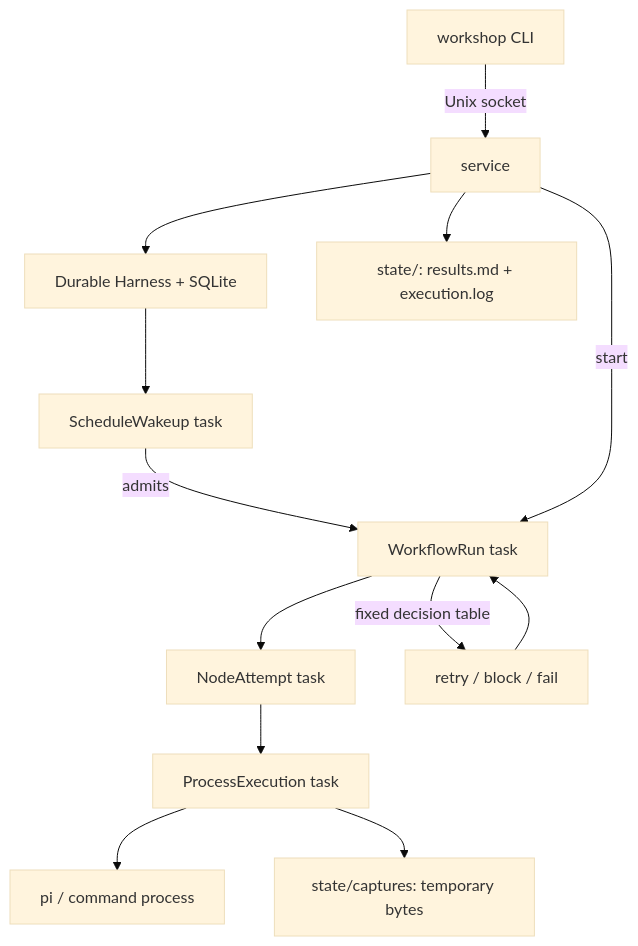
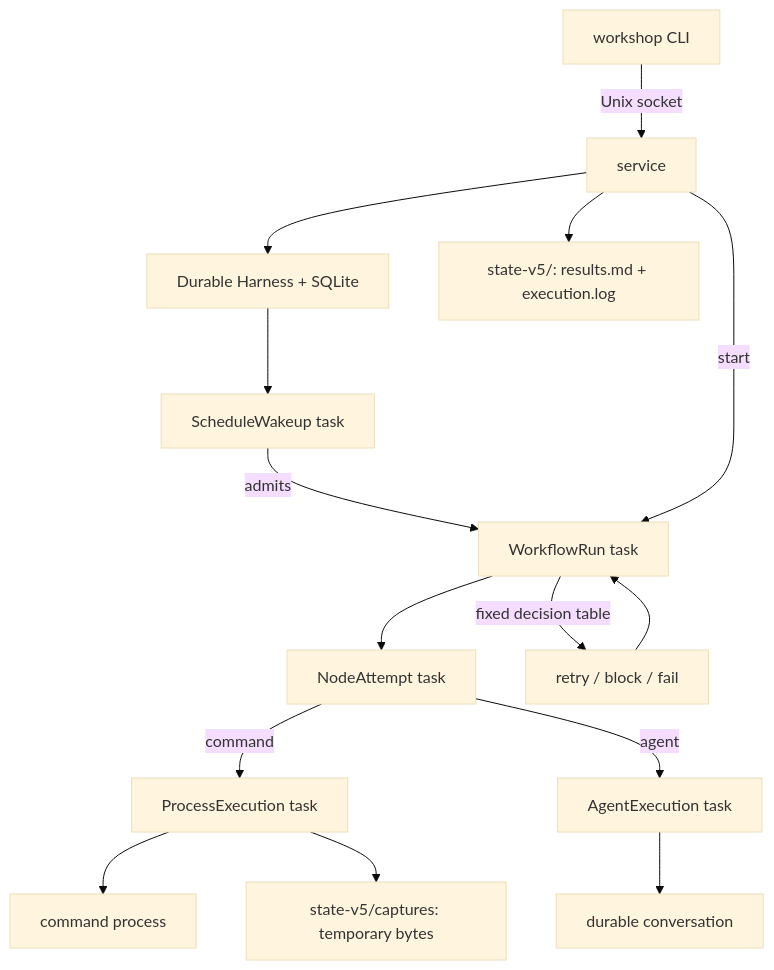
Before and after one commit to kaushikgopal/workshop: the diagram in CONTRIBUTING.md, drawn with Mermaid (base theme). The commit also changed other lines of this file and 55 other files, not shown here.

First line of the commit message:
feat: persist agent progress in native durable conversations

````diff
--- a/CONTRIBUTING.md
+++ b/CONTRIBUTING.md
@@ -113,15 +113,17 @@
 ```mermaid
 flowchart TD
   CLI[workshop CLI] -->|Unix socket| SVC[service]
   SVC --> H[Durable Harness + SQLite]
   H --> SCH[ScheduleWakeup task]
   SCH -->|admits| WR[WorkflowRun task]
   SVC -->|start| WR
   WR --> NA[NodeAttempt task]
-  NA --> PE[ProcessExecution task]
-  PE --> P[pi / command process]
+  NA -->|command| PE[ProcessExecution task]
+  PE --> P[command process]
+  NA -->|agent| AE[AgentExecution task]
+  AE --> C[durable conversation]
   WR -->|fixed decision table| D[retry / block / fail]
   D --> WR
-  PE --> V[state/captures: temporary bytes]
-  SVC --> RF[state/<workflow>: results.md + execution.log]
+  PE --> V[state-v5/captures: temporary bytes]
+  SVC --> RF[state-v5/<workflow>: results.md + execution.log]
 ```
````
